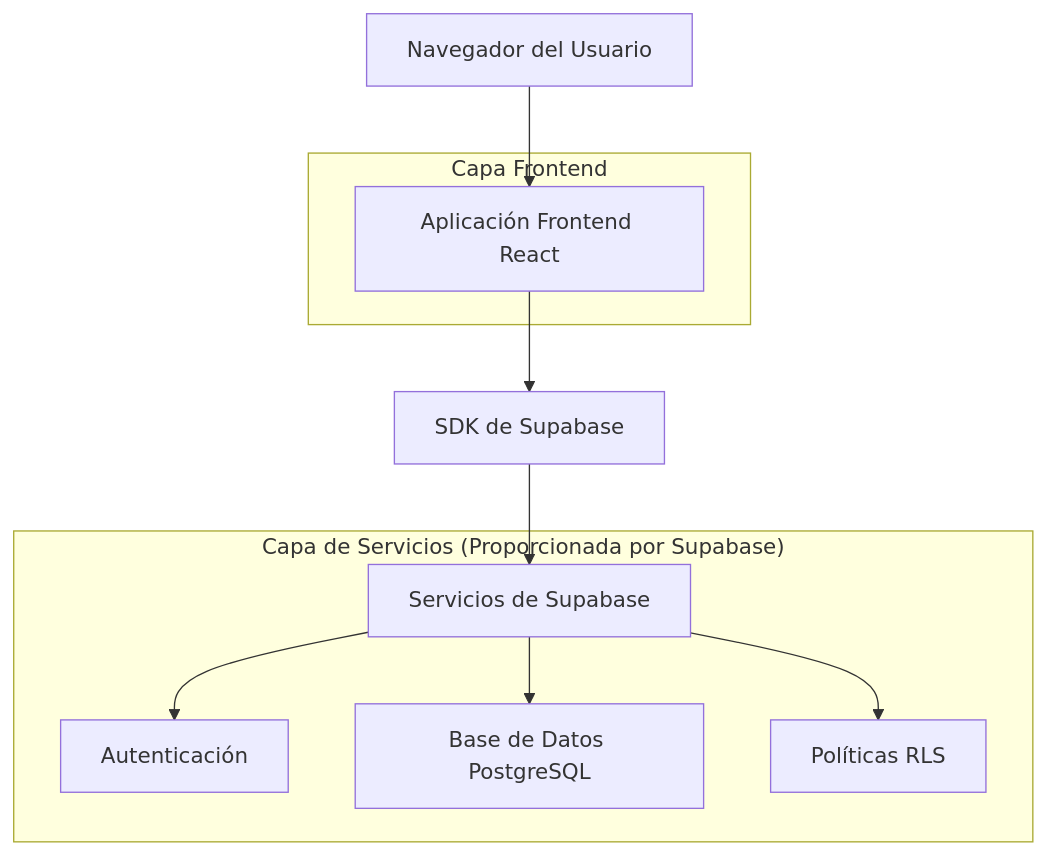
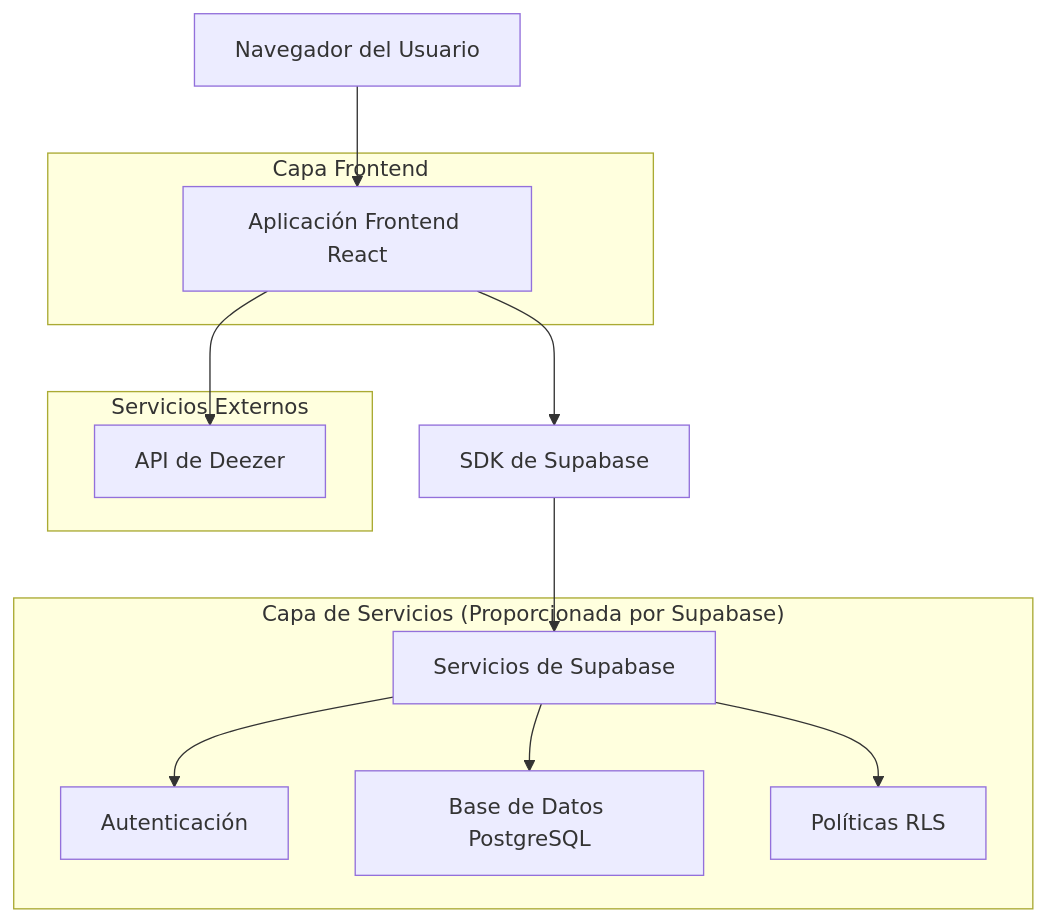
The first of 2 diagrams in .trae/documents/tribeca-technical-architecture.md (tribecaband/tribecabandmanagement), drawn with Mermaid before and after one commit. The commit also changed other lines of this file and 17 other files, not shown here.

````diff
--- a/.trae/documents/tribeca-technical-architecture.md
+++ b/.trae/documents/tribeca-technical-architecture.md
@@ -5,21 +5,26 @@
 ```mermaid
 graph TD
     A[Navegador del Usuario] --> B[Aplicación Frontend React]
     B --> C[SDK de Supabase]
+    B --> H[API de Deezer]
     C --> D[Servicios de Supabase]
     
     subgraph "Capa Frontend"
         B
     end
     
     subgraph "Capa de Servicios (Proporcionada por Supabase)"
         D
         E[Autenticación]
         F[Base de Datos PostgreSQL]
         G[Políticas RLS]
     end
     
+    subgraph "Servicios Externos"
+        H
+    end
+    
     D --> E
     D --> F
     D --> G
 ```
````
